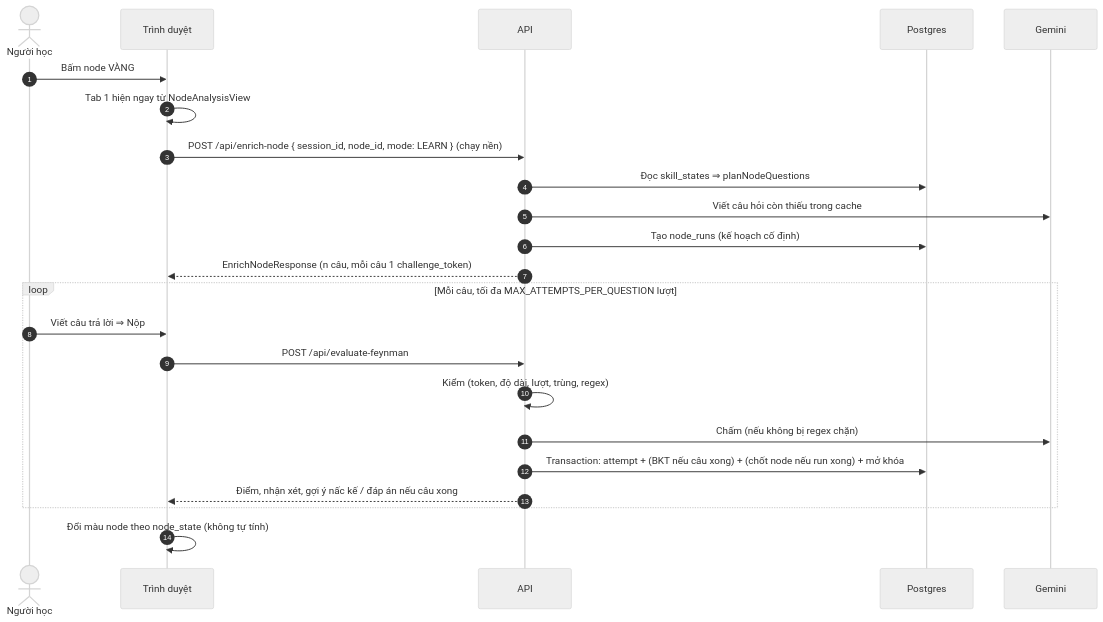
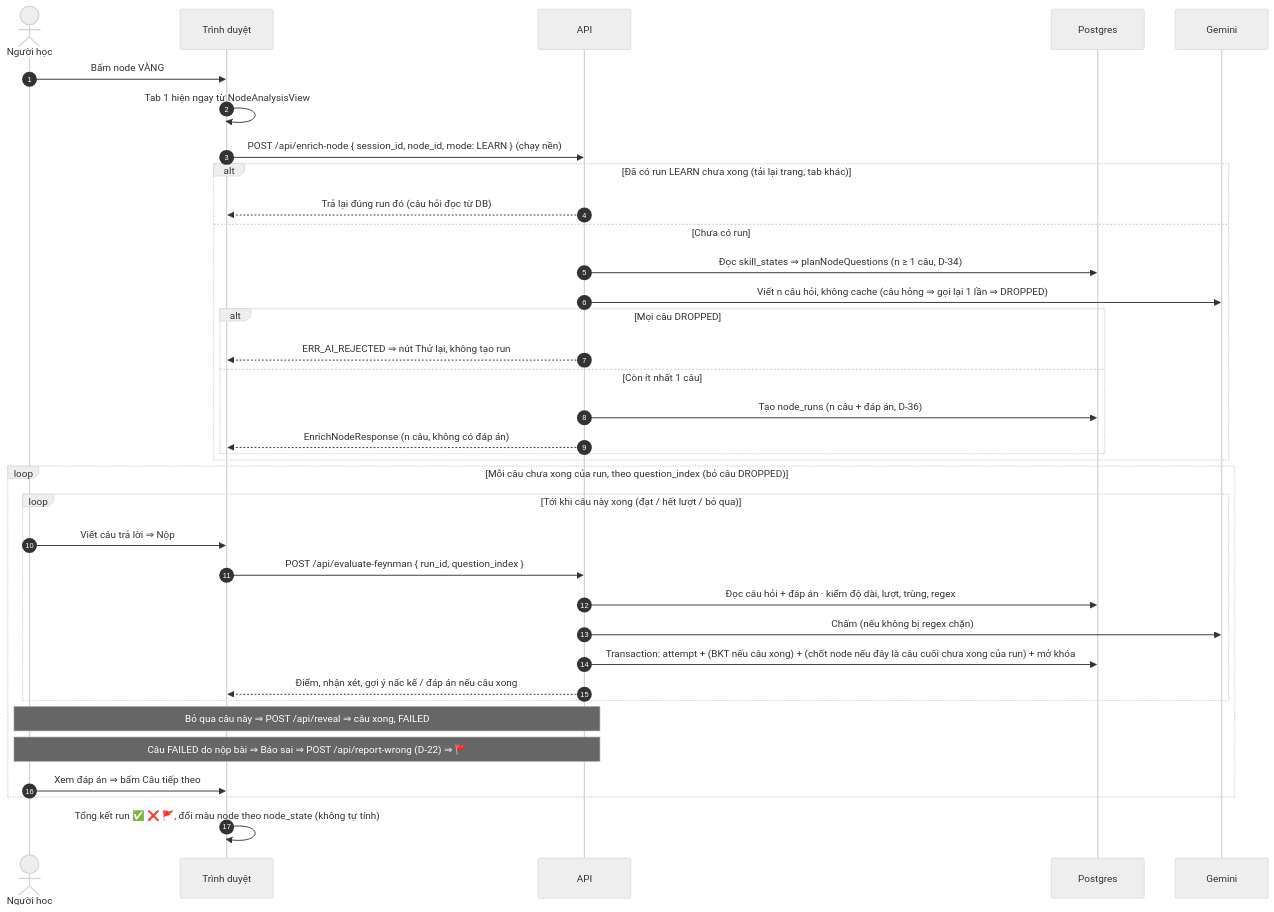
One commit to huynhthanhnhannnh-pixel/Hackathon_SGU changed the third of 4 diagrams in spec/01_KIEN_TRUC_VA_LUONG.md. Above: the diagram before and after it, drawn with Mermaid (neutral theme). The commit also changed other lines of this file and 41 other files, not shown here.

Commit message:
docs: cập nhật spec và tài liệu theo chốt 31/10

````diff
--- a/spec/01_KIEN_TRUC_VA_LUONG.md
+++ b/spec/01_KIEN_TRUC_VA_LUONG.md
@@ -117,25 +117,38 @@
 ```mermaid
 sequenceDiagram
     autonumber
     actor U as Người học
     participant FE as Trình duyệt
     participant BE as API
     participant DB as Postgres
     participant AI as Gemini
     U->>FE: Bấm node VÀNG
     FE->>FE: Tab 1 hiện ngay từ NodeAnalysisView
     FE->>BE: POST /api/enrich-node { session_id, node_id, mode: LEARN } (chạy nền)
-    BE->>DB: Đọc skill_states ⇒ planNodeQuestions
-    BE->>AI: Viết câu hỏi còn thiếu trong cache
-    BE->>DB: Tạo node_runs (kế hoạch cố định)
-    BE-->>FE: EnrichNodeResponse (n câu, mỗi câu 1 challenge_token)
-    loop Mỗi câu, tối đa MAX_ATTEMPTS_PER_QUESTION lượt
-        U->>FE: Viết câu trả lời ⇒ Nộp
-        FE->>BE: POST /api/evaluate-feynman
-        BE->>BE: Kiểm (token, độ dài, lượt, trùng, regex)
-        BE->>AI: Chấm (nếu không bị regex chặn)
-        BE->>DB: Transaction: attempt + (BKT nếu câu xong) + (chốt node nếu run xong) + mở khóa
-        BE-->>FE: Điểm, nhận xét, gợi ý nấc kế / đáp án nếu câu xong
+    alt Đã có run LEARN chưa xong (tải lại trang, tab khác)
+        BE-->>FE: Trả lại đúng run đó (câu hỏi đọc từ DB)
+    else Chưa có run
+        BE->>DB: Đọc skill_states ⇒ planNodeQuestions (n ≥ 1 câu, D-34)
+        BE->>AI: Viết n câu hỏi, không cache (câu hỏng ⇒ gọi lại 1 lần ⇒ DROPPED)
+        alt Mọi câu DROPPED
+            BE-->>FE: ERR_AI_REJECTED ⇒ nút Thử lại, không tạo run
+        else Còn ít nhất 1 câu
+            BE->>DB: Tạo node_runs (n câu + đáp án, D-36)
+            BE-->>FE: EnrichNodeResponse (n câu, không có đáp án)
+        end
     end
-    FE->>FE: Đổi màu node theo node_state (không tự tính)
+    loop Mỗi câu chưa xong của run, theo question_index (bỏ câu DROPPED)
+        loop Tới khi câu này xong (đạt / hết lượt / bỏ qua)
+            U->>FE: Viết câu trả lời ⇒ Nộp
+            FE->>BE: POST /api/evaluate-feynman { run_id, question_index }
+            BE->>DB: Đọc câu hỏi + đáp án · kiểm độ dài, lượt, trùng, regex
+            BE->>AI: Chấm (nếu không bị regex chặn)
+            BE->>DB: Transaction: attempt + (BKT nếu câu xong) + (chốt node nếu đây là câu cuối chưa xong của run) + mở khóa
+            BE-->>FE: Điểm, nhận xét, gợi ý nấc kế / đáp án nếu câu xong
+        end
+        Note over U,BE: Bỏ qua câu này ⇒ POST /api/reveal ⇒ câu xong, FAILED
+        Note over U,BE: Câu FAILED do nộp bài ⇒ Báo sai ⇒ POST /api/report-wrong (D-22) ⇒ 🚩
+        U->>FE: Xem đáp án ⇒ bấm Câu tiếp theo
+    end
+    FE->>FE: Tổng kết run ✅ ❌ 🚩, đổi màu node theo node_state (không tự tính)
 ```
````
